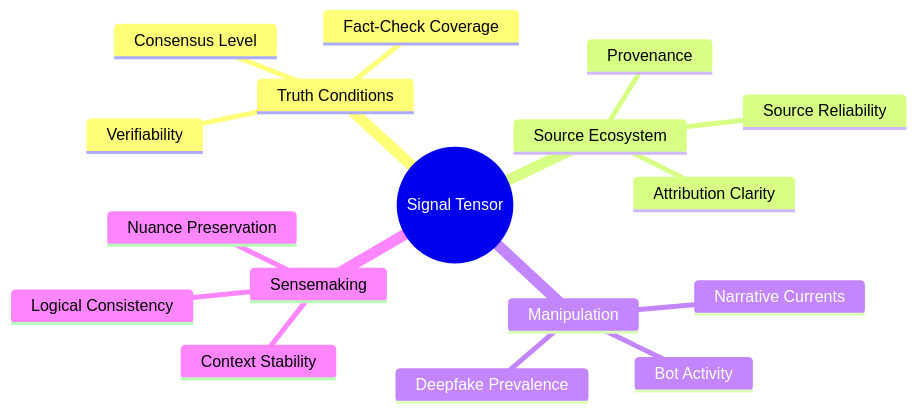
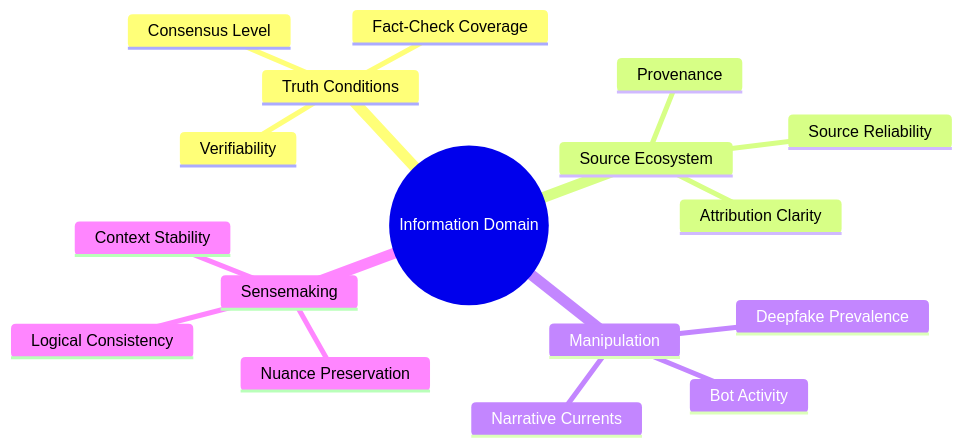
One commit to nmcitra/ktp-rfc changed the diagram in rfcs/ktp-information.md. Above: the diagram before and after it, drawn with Mermaid. The commit also changed other lines of this file and 70 other files, not shown here.

````diff
--- a/rfcs/ktp-information.md
+++ b/rfcs/ktp-information.md
@@ -36,20 +36,20 @@
 ```mermaid
 mindmap
-  root((Signal Tensor))
+  root((Information Domain))
     Truth Conditions
       Verifiability
       Fact-Check Coverage
       Consensus Level
     Source Ecosystem
       Provenance
       Source Reliability
       Attribution Clarity
     Manipulation
       Deepfake Prevalence
       Bot Activity
       Narrative Currents
     Sensemaking
       Nuance Preservation
       Context Stability
       Logical Consistency
 ```
````
